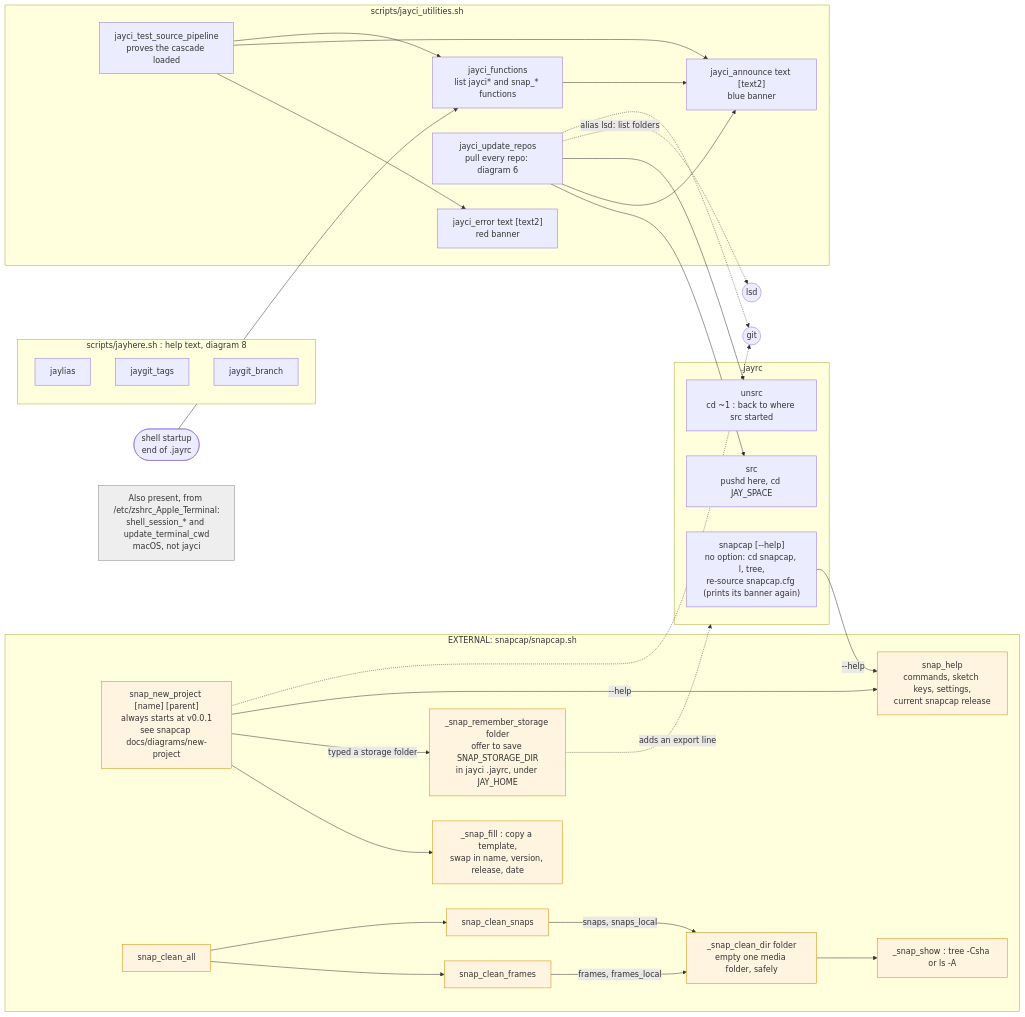
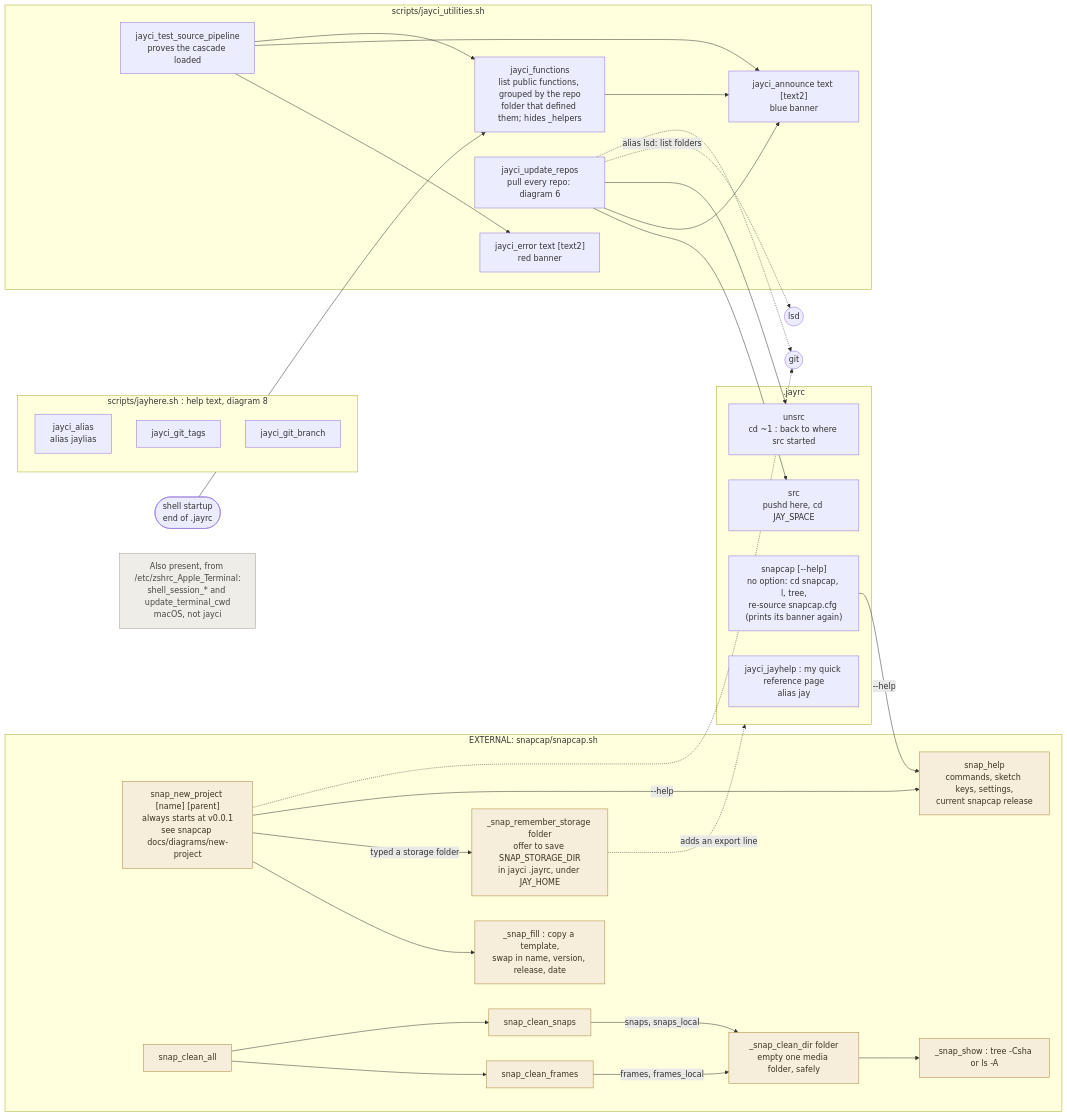
One commit to jaycody/jayci changed the diagram in docs/diagrams/5-functions.mmd. Above: the diagram before and after it, drawn with Mermaid. The commit also changed 34 other files, not shown here.

First line of the commit message:
README: plain-language opening, big-idea diagrams, new diagram look

```diff
--- a/docs/diagrams/5-functions.mmd
+++ b/docs/diagrams/5-functions.mmd
@@ -1,63 +1,76 @@
 %% 5. Every shell function, the file that defines it, and what it calls.
 flowchart LR
     subgraph JAYRC [".jayrc"]
         src["src<br/>pushd here, cd JAY_SPACE"]
         unsrc["unsrc<br/>cd ~1 : back to where src started"]
         sc["snapcap [--help]<br/>no option: cd snapcap, l, tree,<br/>re-source snapcap.cfg (prints its banner again)"]
+        jh["jayci_jayhelp : my quick reference page<br/>alias jay"]
     end
 
     subgraph UTIL ["scripts/jayci_utilities.sh"]
         ann["jayci_announce text [text2]<br/>blue banner"]
         err["jayci_error text [text2]<br/>red banner"]
-        fns["jayci_functions<br/>list jayci* and snap_* functions"]
+        fns["jayci_functions<br/>list public functions, grouped by the repo<br/>folder that defined them; hides _helpers"]
         test["jayci_test_source_pipeline<br/>proves the cascade loaded"]
         upd["jayci_update_repos<br/>pull every repo: diagram 6"]
     end
 
     subgraph HERE ["scripts/jayhere.sh : help text, diagram 8"]
-        jl["jaylias"]
-        jt["jaygit_tags"]
-        jb["jaygit_branch"]
+        jl["jayci_alias<br/>alias jaylias"]
+        jt["jayci_git_tags"]
+        jb["jayci_git_branch"]
     end
 
     subgraph SNAP ["EXTERNAL: snapcap/snapcap.sh"]
         np["snap_new_project [name] [parent]<br/>always starts at v0.0.1<br/>see snapcap docs/diagrams/new-project"]
         hp["snap_help<br/>commands, sketch keys, settings,<br/>current snapcap release"]
         fill["_snap_fill : copy a template,<br/>swap in name, version, release, date"]
         rem["_snap_remember_storage folder<br/>offer to save SNAP_STORAGE_DIR<br/>in jayci .jayrc, under JAY_HOME"]
         ca["snap_clean_all"]
         cf["snap_clean_frames"]
         cs["snap_clean_snaps"]
         cd1["_snap_clean_dir folder<br/>empty one media folder, safely"]
         show["_snap_show : tree -Csha or ls -A"]
     end
 
     test --> err
     test --> ann
     test --> fns
     fns --> ann
     upd --> src
     upd --> ann
     upd --> unsrc
     upd -.->|"alias lsd: list folders"| LSD(("lsd"))
     upd -.-> GIT(("git"))
 
     np --> fill
     np -->|"typed a storage folder"| rem
     rem -.->|"adds an export line"| JAYRC
     np -->|"--help"| hp
     sc -->|"--help"| hp
     np -.-> GIT
     ca --> cf
     ca --> cs
     cf -->|"frames, frames_local"| cd1
     cs -->|"snaps, snaps_local"| cd1
     cd1 --> show
 
     STARTUP(["shell startup<br/>end of .jayrc"]) --> fns
     MAC["Also present, from /etc/zshrc_Apple_Terminal:<br/>shell_session_* and update_terminal_cwd<br/>macOS, not jayci"]
 
-    classDef ext fill:#fff4e0,stroke:#d08a00,color:#333
-    classDef sys fill:#eeeeee,stroke:#888,color:#333
+    classDef ext fill:#F6EDDA,stroke:#A9843A,color:#3D3322
+    classDef sys fill:#EFEDE8,stroke:#A39E93,color:#4A4740
     class np,fill,rem,ca,cf,cs,cd1,show,hp ext
     class MAC sys
+
+%% FOSSIL RECORD
+%% 2026-11-10: one prefix per repo (jayci_), jay became a function, and
+%% jayci_functions stopped hardcoding prefixes.
+%%     fns["jayci_functions<br/>list jayci* and snap_* functions"]
+%%     jl["jaylias"]
+%%     jt["jaygit_tags"]
+%%     jb["jaygit_branch"]
+%% 2026-11-10: new shared look (theme.json, theme.css); these colors
+%% changed to match its palette.
+%%     classDef ext fill:#fff4e0,stroke:#d08a00,color:#333
+%%     classDef sys fill:#eeeeee,stroke:#888,color:#333
```
